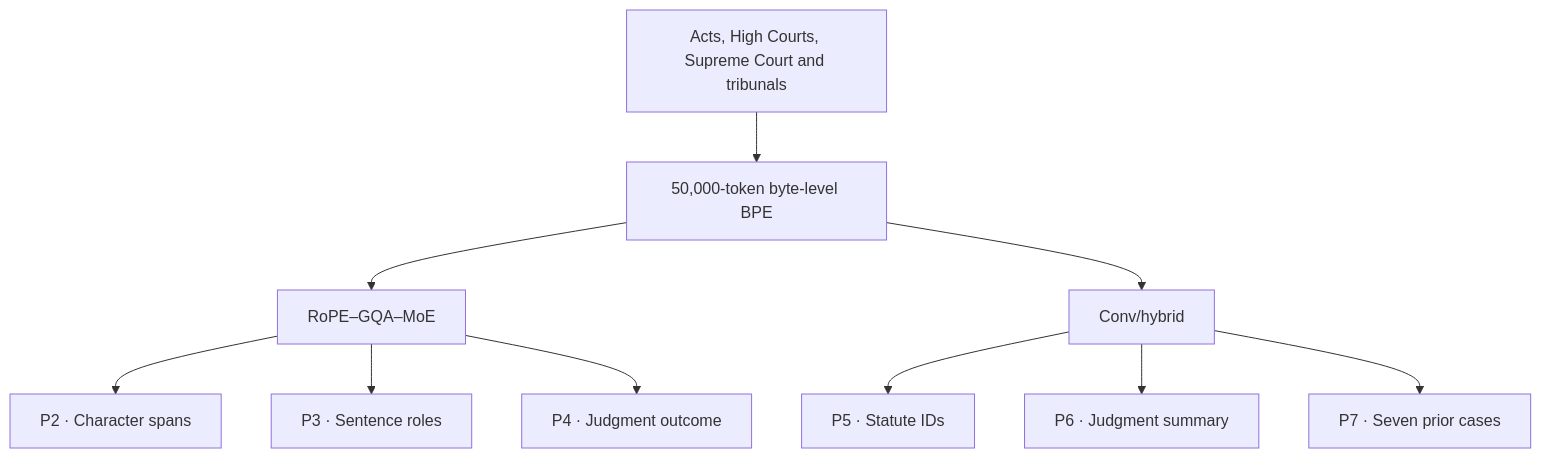
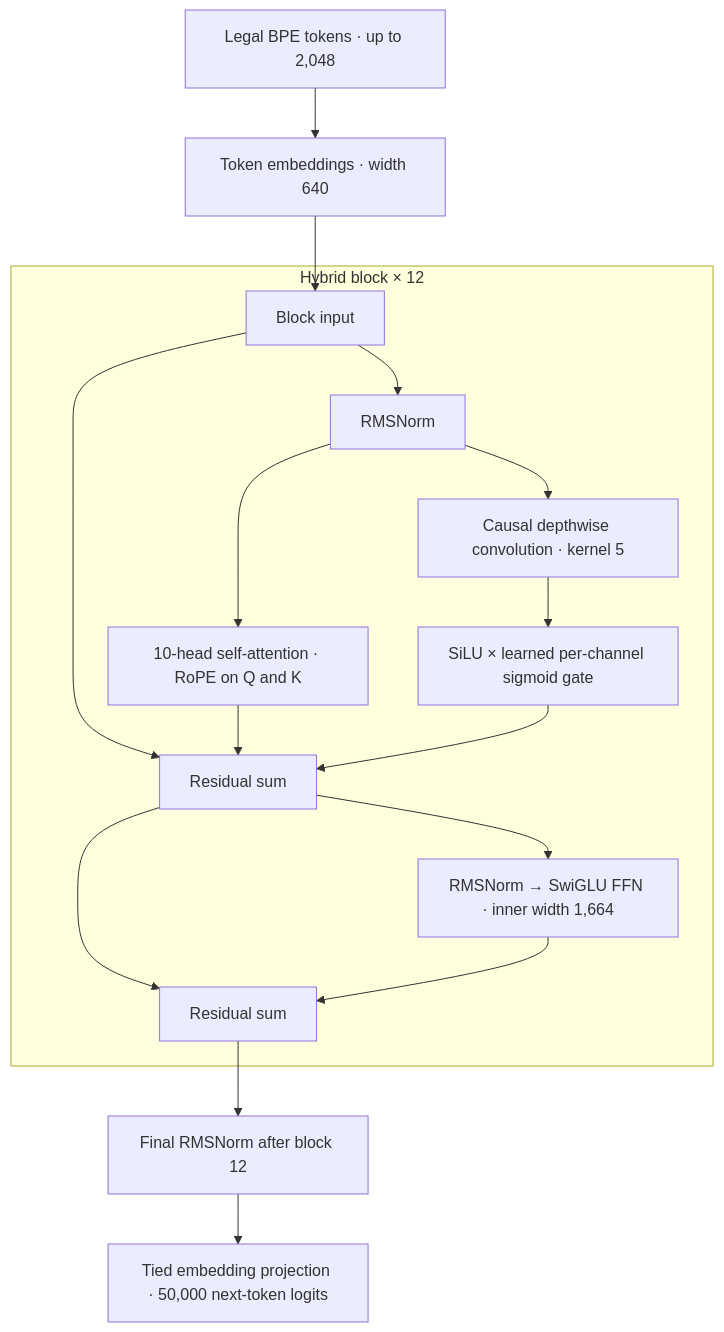
The diagram in README.md (GenHavoc/CS-781-Capstone), drawn with Mermaid before and after one commit. The commit also changed other lines of this file, not shown here.

Commit message:
Illustrate the Conv/hybrid prefix language model in the README

````diff
--- a/README.md
+++ b/README.md
@@ -11,12 +46,19 @@
 ```mermaid
 flowchart TD
-    corpus["Acts, High Courts, Supreme Court and tribunals"] --> bpe["50,000-token byte-level BPE"]
-    bpe --> rope["RoPE–GQA–MoE"]
-    bpe --> conv["Conv/hybrid"]
-    rope --> spans["P2 · Character spans"]
-    rope --> roles["P3 · Sentence roles"]
-    rope --> outcome["P4 · Judgment outcome"]
-    conv --> statutes["P5 · Statute IDs"]
-    conv --> summary["P6 · Judgment summary"]
-    conv --> cases["P7 · Seven prior cases"]
+    T["Legal BPE tokens · up to 2,048"] --> E["Token embeddings · width 640"]
+    subgraph B["Hybrid block × 12"]
+        X["Block input"] --> N["RMSNorm"]
+        N --> A["10-head self-attention · RoPE on Q and K"]
+        N --> C["Causal depthwise convolution · kernel 5"]
+        C --> G["SiLU × learned per-channel sigmoid gate"]
+        X --> M["Residual sum"]
+        A --> M
+        G --> M
+        M --> F["RMSNorm → SwiGLU FFN · inner width 1,664"]
+        M --> Y["Residual sum"]
+        F --> Y
+    end
+    E --> X
+    Y --> H["Final RMSNorm after block 12"]
+    H --> L["Tied embedding projection · 50,000 next-token logits"]
 ```
````
